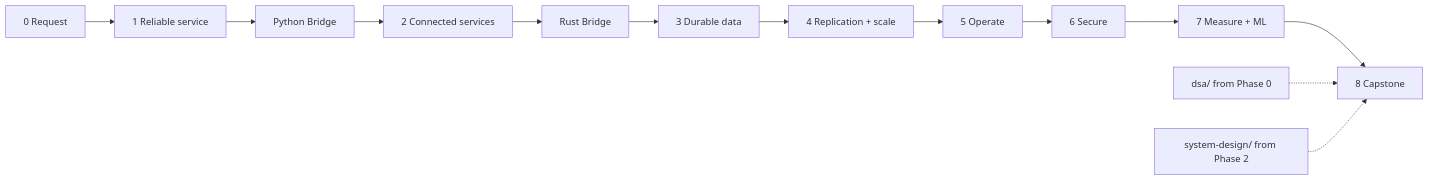
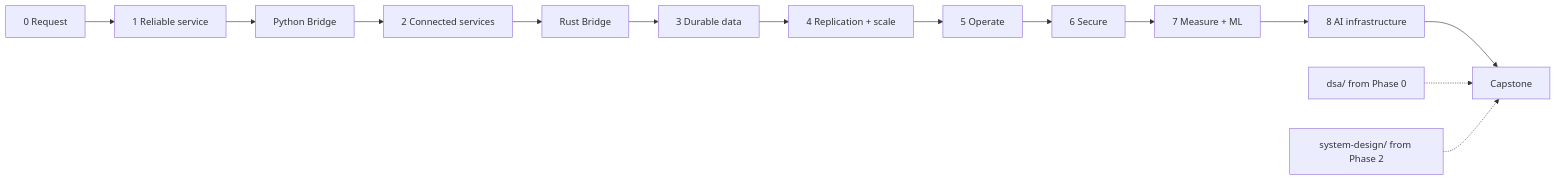
One commit to nickemma/Nicholas-Engineering-Blueprint changed the second of 2 diagrams in JOURNEY.md. Above: the diagram before and after it, drawn with Mermaid. The commit also changed other lines of this file and 22 other files, not shown here.

```diff
--- a/JOURNEY.md
+++ b/JOURNEY.md
@@ -172,8 +173,8 @@
 ~~~mermaid
 flowchart LR
     P0[0 Request] --> P1[1 Reliable service] --> PY[Python Bridge] --> P2[2 Connected services]
     P2 --> RB[Rust Bridge] --> P3[3 Durable data] --> P4[4 Replication + scale]
-    P4 --> P5[5 Operate] --> P6[6 Secure] --> P7[7 Measure + ML] --> P8[8 Capstone]
-    DSA[dsa/ from Phase 0] -.-> P8
-    SD[system-design/ from Phase 2] -.-> P8
+    P4 --> P5[5 Operate] --> P6[6 Secure] --> P7[7 Measure + ML] --> P8[8 AI infrastructure] --> C[Capstone]
+    DSA[dsa/ from Phase 0] -.-> C
+    SD[system-design/ from Phase 2] -.-> C
 ~~~
```
